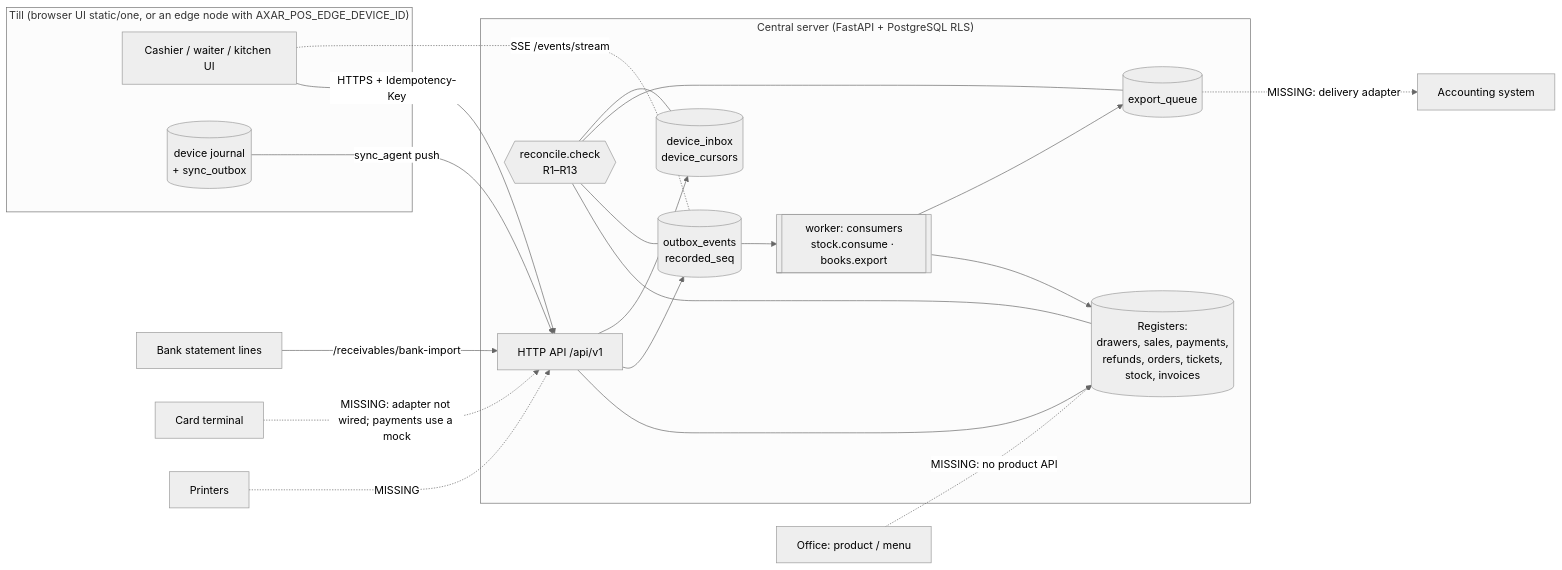
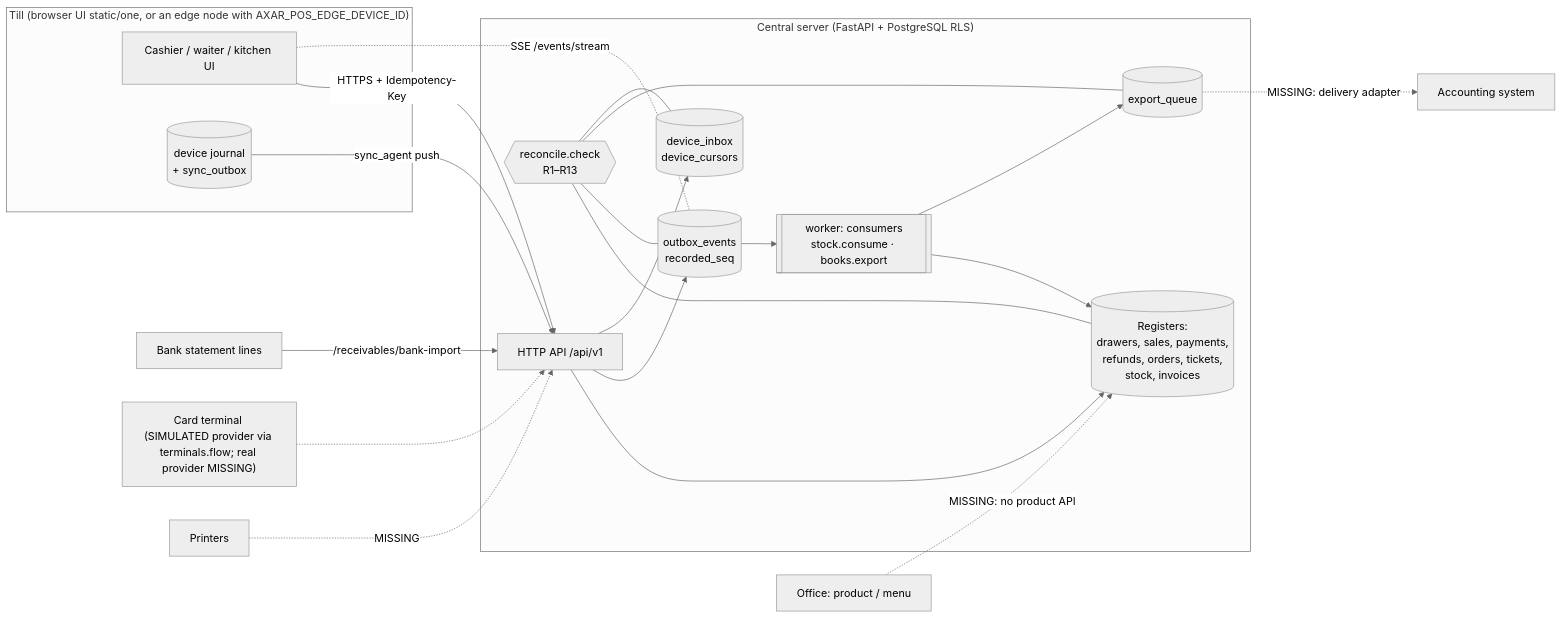
One commit to Erkki144/axar-network changed the first of 4 diagrams in docs/INTEGRATION_MATRIX.md. Above: the diagram before and after it, drawn with Mermaid (neutral theme). The commit also changed other lines of this file and 6 other files, not shown here.

First line of the commit message:
#60 P0-3: card tenders go through terminals.flow (provider-neutral adapter), still simulated

````diff
--- a/docs/INTEGRATION_MATRIX.md
+++ b/docs/INTEGRATION_MATRIX.md
@@ -38,34 +38,34 @@
 ```mermaid
 flowchart LR
   subgraph Till["Till (browser UI static/one, or an edge node with AXAR_POS_EDGE_DEVICE_ID)"]
     UI[Cashier / waiter / kitchen UI]
     EJ[(device journal<br/>+ sync_outbox)]
   end
   subgraph Central["Central server (FastAPI + PostgreSQL RLS)"]
     API[HTTP API /api/v1]
     REG[(Registers:<br/>drawers, sales, payments,<br/>refunds, orders, tickets,<br/>stock, invoices)]
     OUT[(outbox_events<br/>recorded_seq)]
     W[[worker: consumers<br/>stock.consume · books.export]]
     EXQ[(export_queue)]
     INB[(device_inbox<br/>device_cursors)]
     REC{{reconcile.check<br/>R1–R13}}
   end
   UI -- HTTPS + Idempotency-Key --> API
   UI -. SSE /events/stream .- OUT
   EJ -- sync_agent push --> API
   API --> REG
   API --> OUT
   API --> INB
   OUT --> W
   W --> REG
   W --> EXQ
   EXQ -. MISSING: delivery adapter .-> ACC[Accounting system]
   BANK[Bank statement lines] -- /receivables/bank-import --> API
-  TERM[Card terminal] -. MISSING: adapter not wired; payments use a mock .-> API
+  TERM["Card terminal (SIMULATED provider via terminals.flow; real provider MISSING)"] -.-> API
   PRN[Printers] -. MISSING .-> API
   MENU[Office: product / menu] -. MISSING: no product API .-> REG
   REC --- REG
   REC --- OUT
   REC --- EXQ
   REC --- INB
 ```
````
